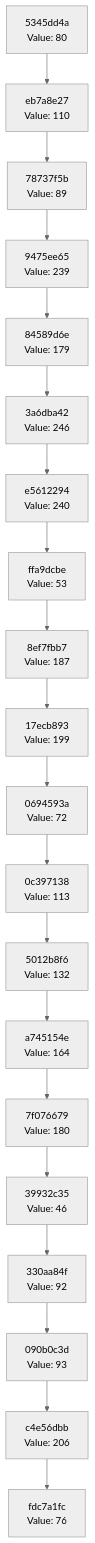
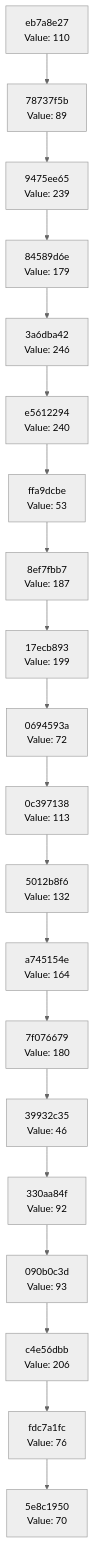
Before and after one commit to Abhisheksinha1506/hash-chain-evolver: the diagram in docs/CHAIN_VISUALIZATION.md, drawn with Mermaid (neutral theme). The commit also changed 3 other files, not shown here.

````diff
--- a/docs/CHAIN_VISUALIZATION.md
+++ b/docs/CHAIN_VISUALIZATION.md
@@ -3,42 +3,42 @@
 ```mermaid
 graph TD
-    C0["fdc7a1fc<br/>Value: 76"]
-    C1["c4e56dbb<br/>Value: 206"]
+    C0["5e8c1950<br/>Value: 70"]
+    C1["fdc7a1fc<br/>Value: 76"]
     C1 --> C0
-    C2["090b0c3d<br/>Value: 93"]
+    C2["c4e56dbb<br/>Value: 206"]
     C2 --> C1
-    C3["330aa84f<br/>Value: 92"]
+    C3["090b0c3d<br/>Value: 93"]
     C3 --> C2
-    C4["39932c35<br/>Value: 46"]
+    C4["330aa84f<br/>Value: 92"]
     C4 --> C3
-    C5["7f076679<br/>Value: 180"]
+    C5["39932c35<br/>Value: 46"]
     C5 --> C4
-    C6["a745154e<br/>Value: 164"]
+    C6["7f076679<br/>Value: 180"]
     C6 --> C5
-    C7["5012b8f6<br/>Value: 132"]
+    C7["a745154e<br/>Value: 164"]
     C7 --> C6
-    C8["0c397138<br/>Value: 113"]
+    C8["5012b8f6<br/>Value: 132"]
     C8 --> C7
-    C9["0694593a<br/>Value: 72"]
+    C9["0c397138<br/>Value: 113"]
     C9 --> C8
-    C10["17ecb893<br/>Value: 199"]
+    C10["0694593a<br/>Value: 72"]
     C10 --> C9
-    C11["8ef7fbb7<br/>Value: 187"]
+    C11["17ecb893<br/>Value: 199"]
     C11 --> C10
-    C12["ffa9dcbe<br/>Value: 53"]
+    C12["8ef7fbb7<br/>Value: 187"]
     C12 --> C11
-    C13["e5612294<br/>Value: 240"]
+    C13["ffa9dcbe<br/>Value: 53"]
     C13 --> C12
-    C14["3a6dba42<br/>Value: 246"]
+    C14["e5612294<br/>Value: 240"]
     C14 --> C13
-    C15["84589d6e<br/>Value: 179"]
+    C15["3a6dba42<br/>Value: 246"]
     C15 --> C14
-    C16["9475ee65<br/>Value: 239"]
+    C16["84589d6e<br/>Value: 179"]
     C16 --> C15
-    C17["78737f5b<br/>Value: 89"]
+    C17["9475ee65<br/>Value: 239"]
     C17 --> C16
-    C18["eb7a8e27<br/>Value: 110"]
+    C18["78737f5b<br/>Value: 89"]
     C18 --> C17
-    C19["5345dd4a<br/>Value: 80"]
+    C19["eb7a8e27<br/>Value: 110"]
     C19 --> C18
 ```
````
